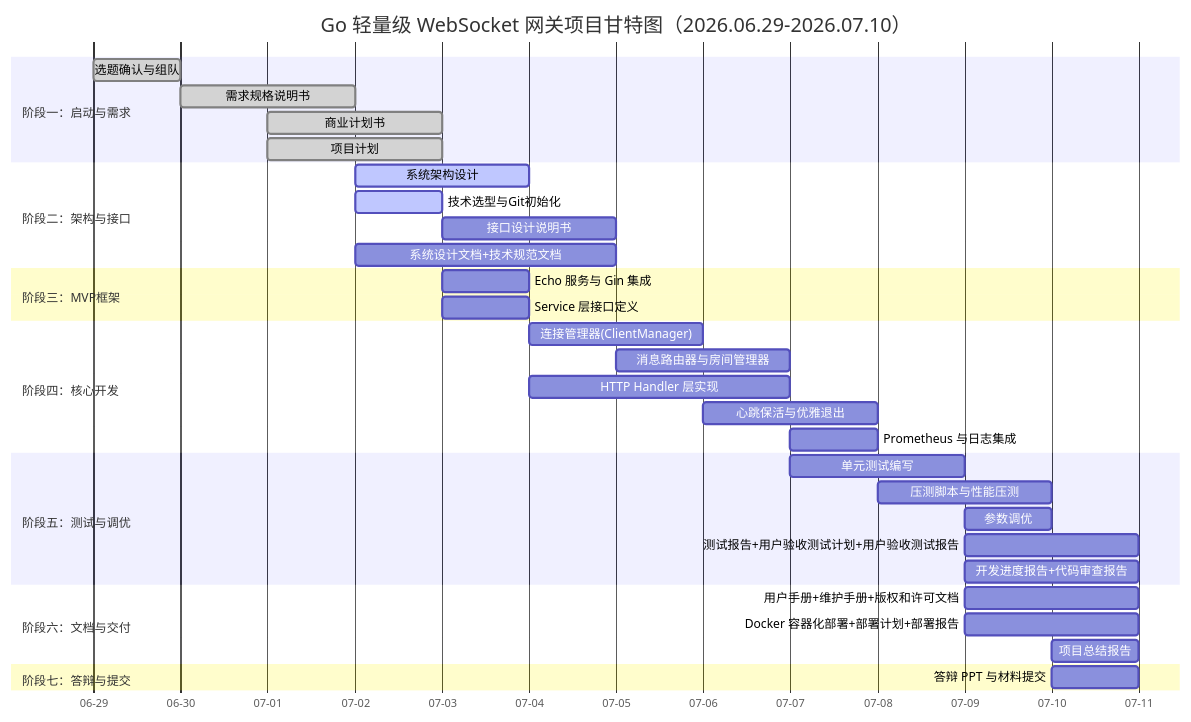
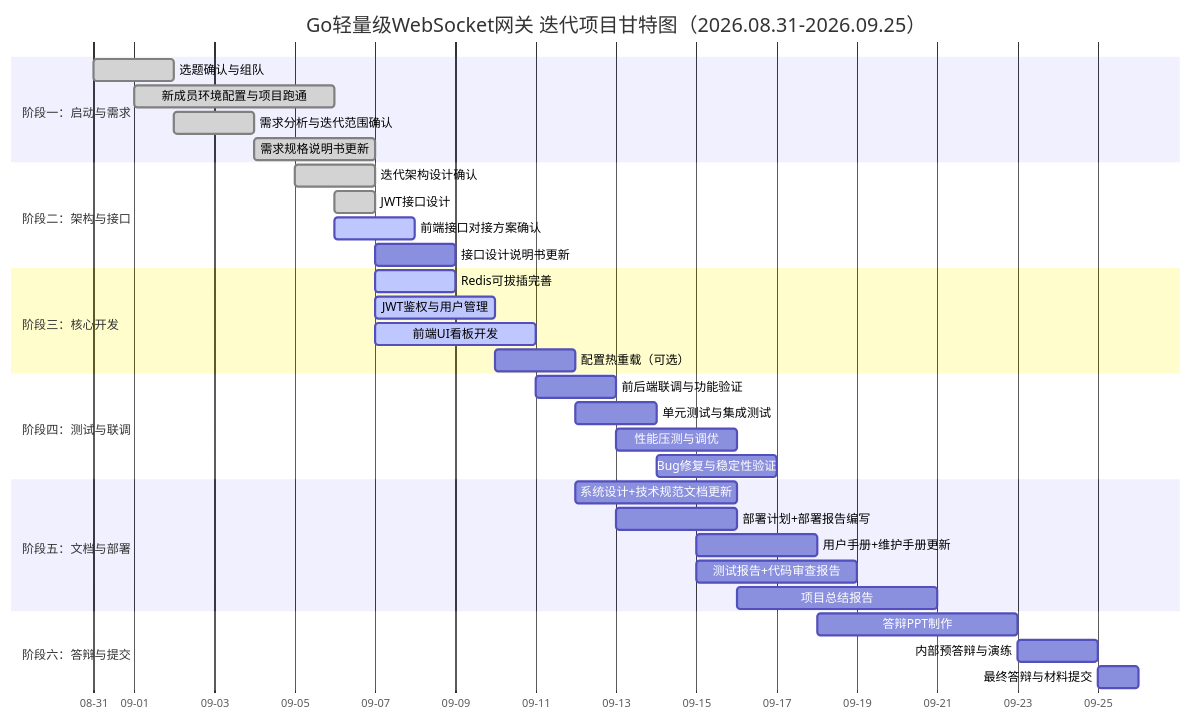
One commit to alac19/se-go-ws-gateway-2026 changed the diagram in docs/3-项目计划.md. Above: the diagram before and after it, drawn with Mermaid. The commit also changed other lines of this file and 1 other file, not shown here.

````diff
--- a/docs/3-项目计划.md
+++ b/docs/3-项目计划.md
@@ -70,44 +84,42 @@
 ```mermaid
 gantt
-    title Go 轻量级 WebSocket 网关项目甘特图（2026.06.29-2026.07.10）
+    title Go轻量级WebSocket网关 迭代项目甘特图（2026.08.31-2026.09.25）
     dateFormat YYYY-MM-DD
     axisFormat %m-%d
 
     section 阶段一：启动与需求
-    选题确认与组队          :done, a1, 2026-06-29, 1d
-    需求规格说明书          :done, a2, 2026-06-30, 2d
-    商业计划书              :done, a3, 2026-07-01, 2d
-    项目计划              :done, a4, 2026-07-01, 2d
+    选题确认与组队          :done, a1, 2026-08-31, 2d
+    新成员环境配置与项目跑通  :done, a2, 2026-09-01, 5d
+    需求分析与迭代范围确认    :done, a3, 2026-09-02, 2d
+    需求规格说明书更新        :done, a4, 2026-09-04, 3d
 
     section 阶段二：架构与接口
-    系统架构设计                :active, b1, 2026-07-02, 2d
-    技术选型与Git初始化         :active, b2, 2026-07-02, 1d
-    接口设计说明书              :b3, 2026-07-03, 2d
-	系统设计文档+技术规范文档   :b4, 2026-07-02, 3d
+    迭代架构设计确认          :done, b1, 2026-09-05, 2d
+    JWT接口设计              :done, b2, 2026-09-06, 1d
+    前端接口对接方案确认      :active, b3, 2026-09-06, 2d
+    接口设计说明书更新        :b4, 2026-09-07, 2d
 
-    section 阶段三：MVP框架
-    Echo 服务与 Gin 集成       :c1, 2026-07-03, 1d
-    Service 层接口定义       :c2, 2026-07-03, 1d
+    section 阶段三：核心开发
+    Redis可拔插完善           :active, c1, 2026-09-07, 2d
+    JWT鉴权与用户管理         :active, c2, 2026-09-07, 3d
+    前端UI看板开发            :active, c3, 2026-09-07, 4d
+    配置热重载（可选）        :c4, 2026-09-10, 2d
 
-    section 阶段四：核心开发
-    连接管理器(ClientManager) :d1, 2026-07-04, 2d
-    消息路由器与房间管理器   :d2, 2026-07-05, 2d
-    HTTP Handler 层实现       :d3, 2026-07-04, 3d
-    心跳保活与优雅退出       :d4, 2026-07-06, 2d
-    Prometheus 与日志集成     :d5, 2026-07-07, 1d
+    section 阶段四：测试与联调
+    前后端联调与功能验证      :d1, 2026-09-11, 2d
+    单元测试与集成测试        :d2, 2026-09-12, 2d
+    性能压测与调优            :d3, 2026-09-13, 3d
+    Bug修复与稳定性验证       :d4, 2026-09-14, 3d
 
-    section 阶段五：测试与调优
-    单元测试编写             :e1, 2026-07-07, 2d
-    压测脚本与性能压测       :e2, 2026-07-08, 2d
-    参数调优                 :e3, 2026-07-09, 1d
-	测试报告+用户验收测试计划+用户验收测试报告   :e4, 2026-07-09, 2d
-	开发进度报告+代码审查报告   :e5, 2026-07-09, 2d
+    section 阶段五：文档与部署
+    系统设计+技术规范文档更新  :e1, 2026-09-12, 4d
+    部署计划+部署报告编写      :e2, 2026-09-13, 3d
+    用户手册+维护手册更新      :e3, 2026-09-15, 3d
+    测试报告+代码审查报告      :e4, 2026-09-15, 4d
+    项目总结报告              :e5, 2026-09-16, 5d
 
-    section 阶段六：文档与交付
-    用户手册+维护手册+版权和许可文档        :f1, 2026-07-09, 2d
-    Docker 容器化部署+部署计划+部署报告             :f2, 2026-07-09, 2d
-    项目总结报告             :f3, 2026-07-10, 1d
-
-    section 阶段七：答辩与提交
-    答辩 PPT 与材料提交        :g1, 2026-07-10, 1d
+    section 阶段六：答辩与提交
+    答辩PPT制作              :f1, 2026-09-18, 5d
+    内部预答辩与演练          :f2, 2026-09-23, 2d
+    最终答辩与材料提交        :f3, 2026-09-25, 1d
 ```
````
